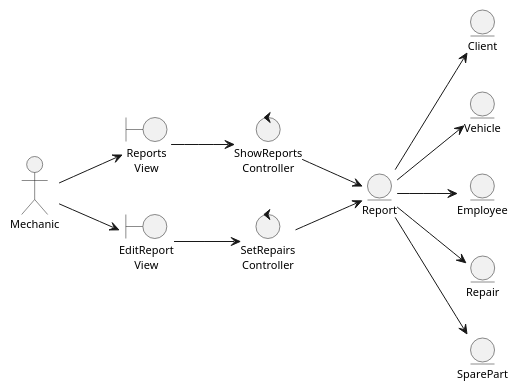
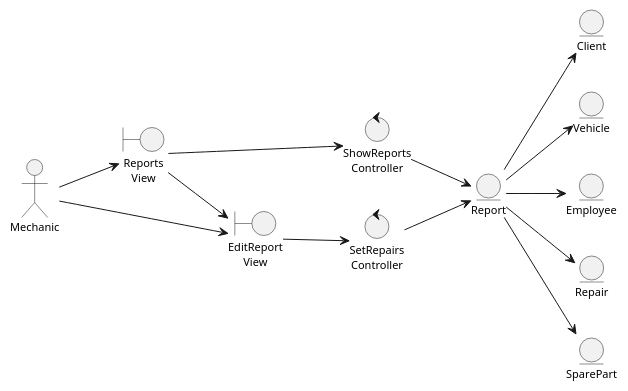
One commit to mpaulaherrero/IS-022023 changed the diagram in docs/diagrams/tallerMecanico/logicalView/analisysView/usecaseAnalisys/analysisClassDiagramUC2.plantuml. Above: the diagram before and after it, drawn with PlantUML. The commit also changed 5 other files, not shown here.

```diff
--- a/docs/diagrams/tallerMecanico/logicalView/analisysView/usecaseAnalisys/analysisClassDiagramUC2.plantuml
+++ b/docs/diagrams/tallerMecanico/logicalView/analisysView/usecaseAnalisys/analysisClassDiagramUC2.plantuml
@@ -1,34 +1,36 @@
 @startuml
 skinparam style strictuml
 left to right direction
 skinparam defaultTextAlignment center
 skinparam defaultFontSize 11
 
 actor Mechanic
 
 boundary "Reports\nView" as ReportsView
 control "ShowReports\nController" as ShowReportsController
 entity Client
 entity Vehicle
 entity Employee
 
 boundary "EditReport\nView" as EditReportView
 control "SetRepairs\nController" as SetRepairsController
 entity Report
 entity Repair
 entity SparePart
 
 Mechanic --> ReportsView
 ReportsView --> ShowReportsController
 ShowReportsController --> Report
 
+ReportsView --> EditReportView
+
 Mechanic --> EditReportView
 EditReportView --> SetRepairsController
 SetRepairsController --> Report
 Report --> Repair
 Report  --> SparePart
 Report --> Client
 Report --> Vehicle
 Report --> Employee
 
 @enduml
```
